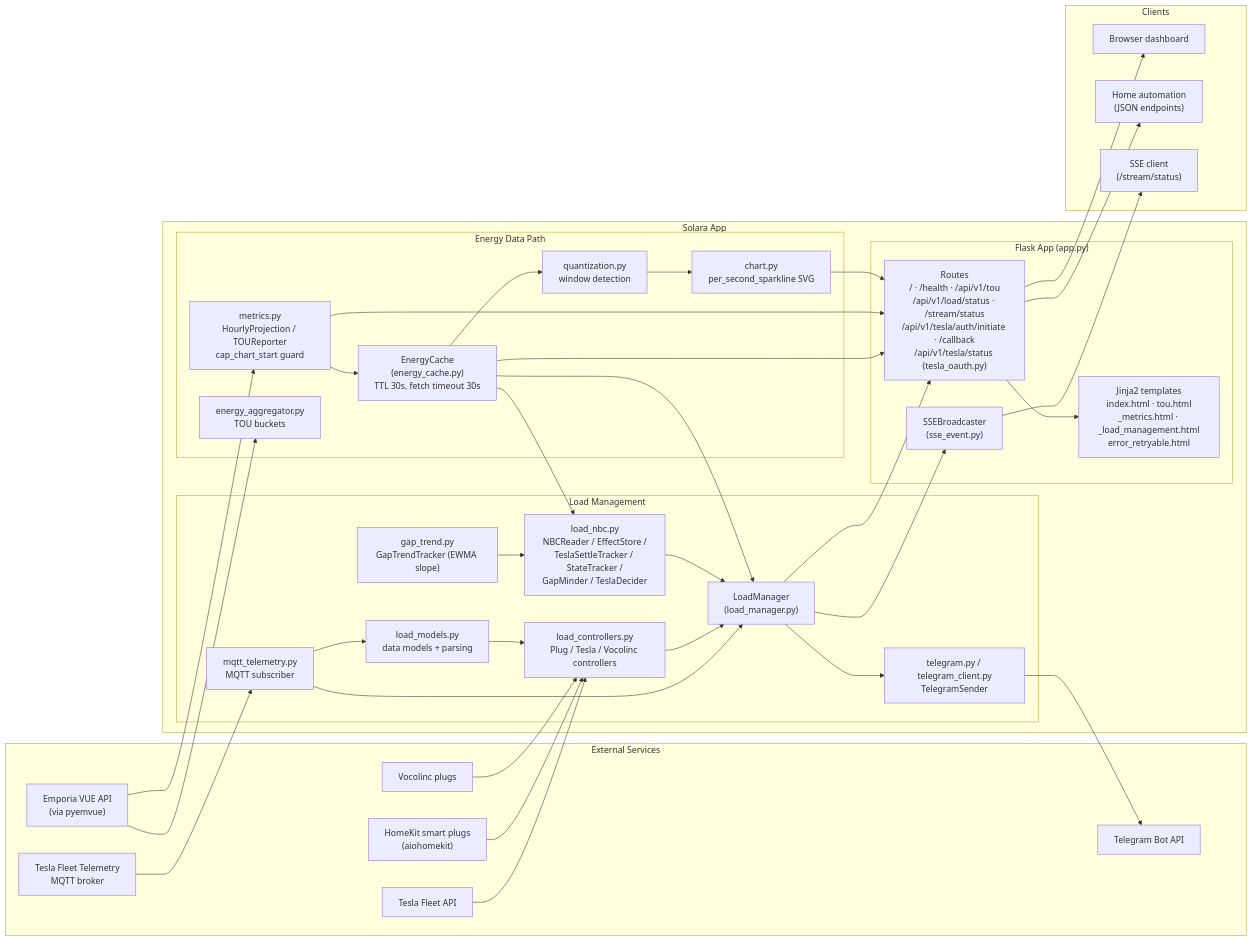
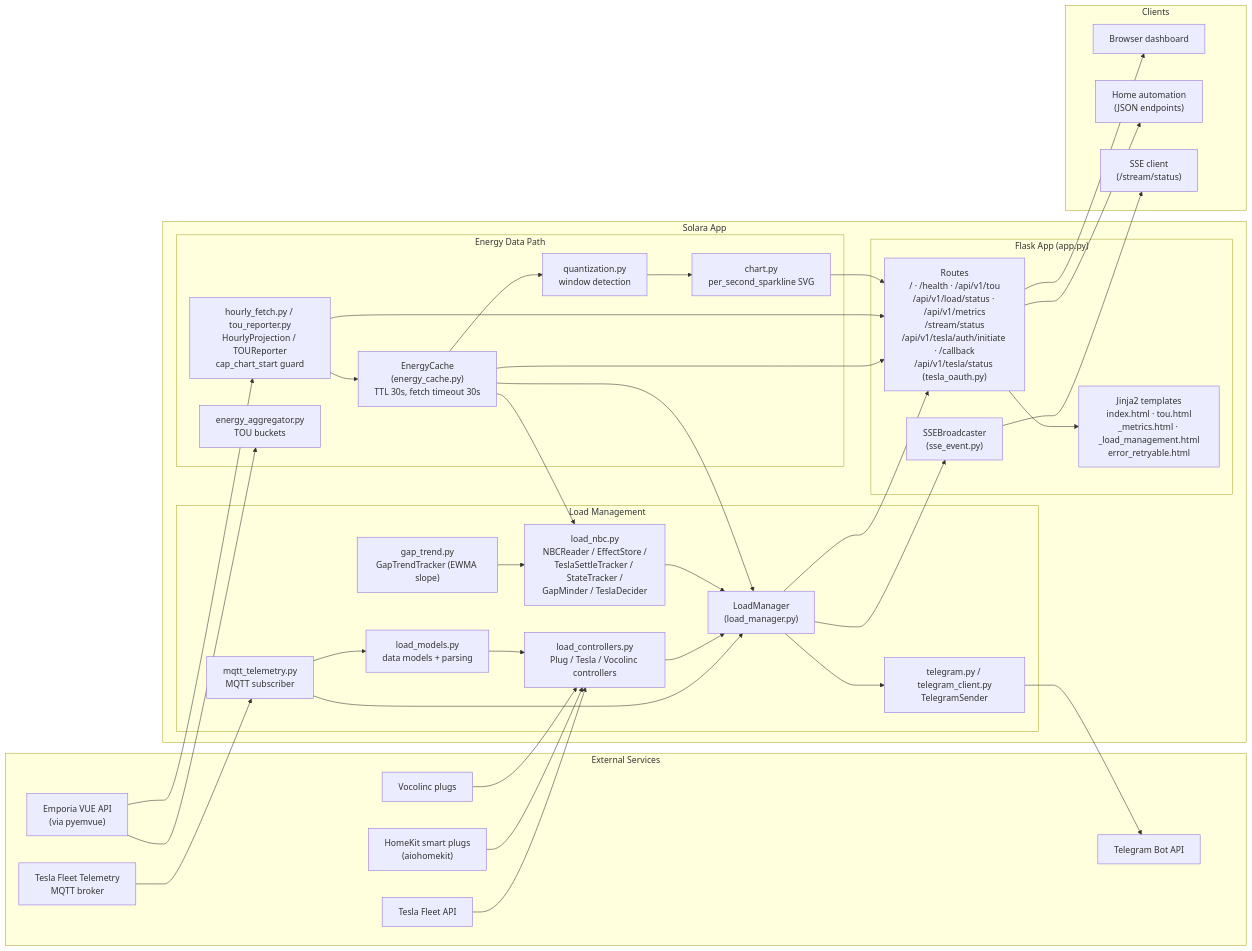
One commit to mblakele/solara changed the first of 6 diagrams in docs/architecture.md. Above: the diagram before and after it, drawn with Mermaid. The commit also changed other lines of this file and 31 other files, not shown here.

````diff
--- a/docs/architecture.md
+++ b/docs/architecture.md
@@ -13,75 +13,75 @@
 ```mermaid
 flowchart LR
     subgraph External["External Services"]
         VUE["Emporia VUE API<br/>(via pyemvue)"]
         MQTT["Tesla Fleet Telemetry<br/>MQTT broker"]
         FLEET["Tesla Fleet API"]
         HOMEKIT["HomeKit smart plugs<br/>(aiohomekit)"]
         VOCOLINC["Vocolinc plugs"]
         TG["Telegram Bot API"]
     end
 
     subgraph App["Solara App"]
         subgraph Web["Flask App (app.py)"]
-            ROUTES["Routes<br/>/ · /health · /api/v1/tou<br/>/api/v1/load/status · /stream/status<br/>/api/v1/tesla/auth/initiate · /callback<br/>/api/v1/tesla/status (tesla_oauth.py)"]
+            ROUTES["Routes<br/>/ · /health · /api/v1/tou<br/>/api/v1/load/status · /api/v1/metrics<br/>/stream/status<br/>/api/v1/tesla/auth/initiate · /callback<br/>/api/v1/tesla/status (tesla_oauth.py)"]
             TEMPLATES["Jinja2 templates<br/>index.html · tou.html<br/>_metrics.html · _load_management.html<br/>error_retryable.html"]
             SSE["SSEBroadcaster<br/>(sse_event.py)"]
         end
 
         subgraph Data["Energy Data Path"]
-            METRICS["metrics.py<br/>HourlyProjection / TOUReporter<br/>cap_chart_start guard"]
+            METRICS["hourly_fetch.py / tou_reporter.py<br/>HourlyProjection / TOUReporter<br/>cap_chart_start guard"]
             CACHE["EnergyCache<br/>(energy_cache.py)<br/>TTL 30s, fetch timeout 30s"]
             AGGR["energy_aggregator.py<br/>TOU buckets"]
             QUANT["quantization.py<br/>window detection"]
             CHART["chart.py<br/>per_second_sparkline SVG"]
         end
 
         subgraph LoadMgmt["Load Management"]
             LM["LoadManager<br/>(load_manager.py)"]
             NBC["load_nbc.py<br/>NBCReader / EffectStore /<br/>TeslaSettleTracker / StateTracker /<br/>GapMinder / TeslaDecider"]
             TREND["gap_trend.py<br/>GapTrendTracker (EWMA slope)"]
             CTRL["load_controllers.py<br/>Plug / Tesla / Vocolinc controllers"]
             TELEM["mqtt_telemetry.py<br/>MQTT subscriber"]
             MODELS["load_models.py<br/>data models + parsing"]
             NOTIF["telegram.py / telegram_client.py<br/>TelegramSender"]
         end
     end
 
     subgraph Clients["Clients"]
         BROWSER["Browser dashboard"]
         JSONAPI["Home automation<br/>(JSON endpoints)"]
         SSECLIENT["SSE client<br/>(/stream/status)"]
     end
 
     VUE --> METRICS
     VUE --> AGGR
     METRICS --> CACHE
     CACHE --> QUANT
     CACHE --> NBC
     CACHE --> ROUTES
     METRICS --> ROUTES
     QUANT --> CHART
     CHART --> ROUTES
 
     MQTT --> TELEM
     TELEM --> MODELS
     MODELS --> CTRL
     FLEET --> CTRL
     HOMEKIT --> CTRL
     VOCOLINC --> CTRL
 
     TELEM --> LM
     CTRL --> LM
     NBC --> LM
     TREND --> NBC
     CACHE --> LM
     LM --> NOTIF
     NOTIF --> TG
 
     LM --> ROUTES
     LM --> SSE
     ROUTES --> TEMPLATES
     SSE --> SSECLIENT
     ROUTES --> BROWSER
     ROUTES --> JSONAPI
 ```
````
